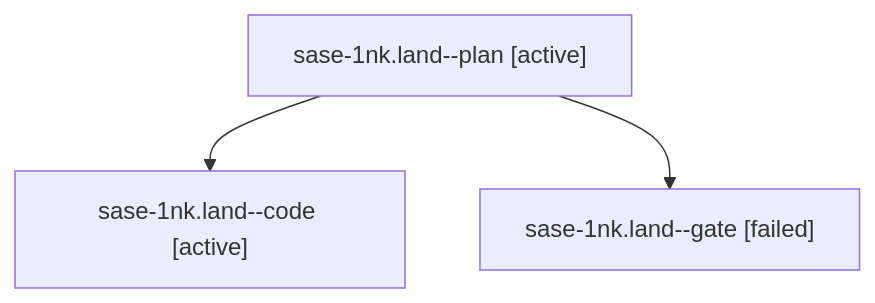
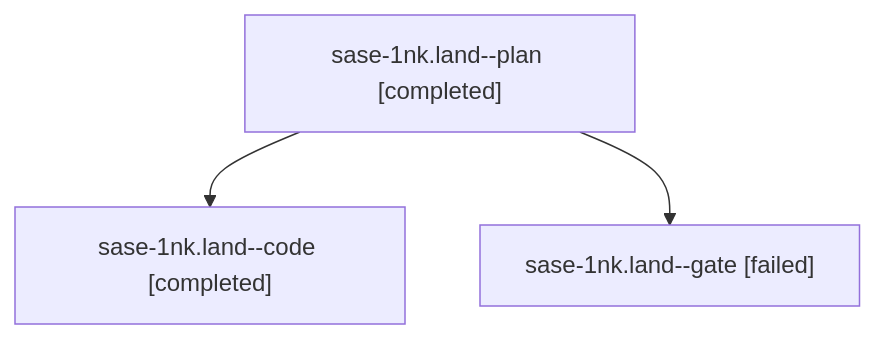
Before and after one commit to sase-org/sase--agents: the diagram in sessions/bbugyi200.athena.sase-1nk.land.md, drawn with Mermaid. The commit also changed other lines of this file and 39 other files, not shown here.

````diff
--- a/sessions/bbugyi200.athena.sase-1nk.land.md
+++ b/sessions/bbugyi200.athena.sase-1nk.land.md
@@ -9,8 +9,8 @@
 ```mermaid
 flowchart TD
-  n0["sase-1nk.land--plan [active]"]
-  n1["sase-1nk.land--code [active]"]
+  n0["sase-1nk.land--plan [completed]"]
+  n1["sase-1nk.land--code [completed]"]
   n0 --> n1
   n2["sase-1nk.land--gate [failed]"]
   n0 --> n2
 ```
````
